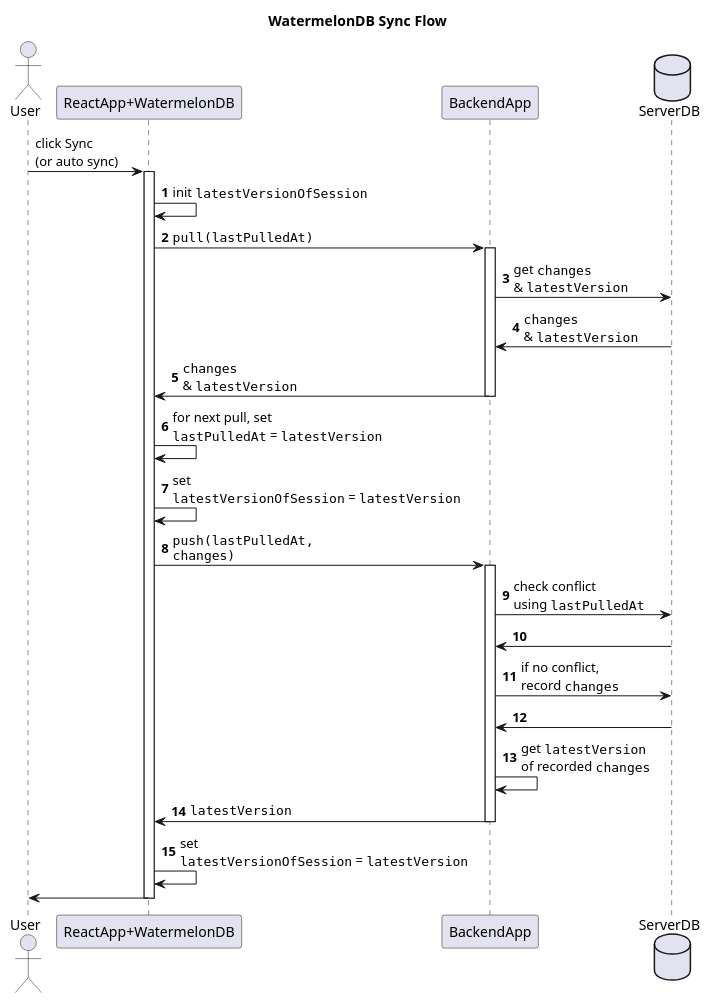
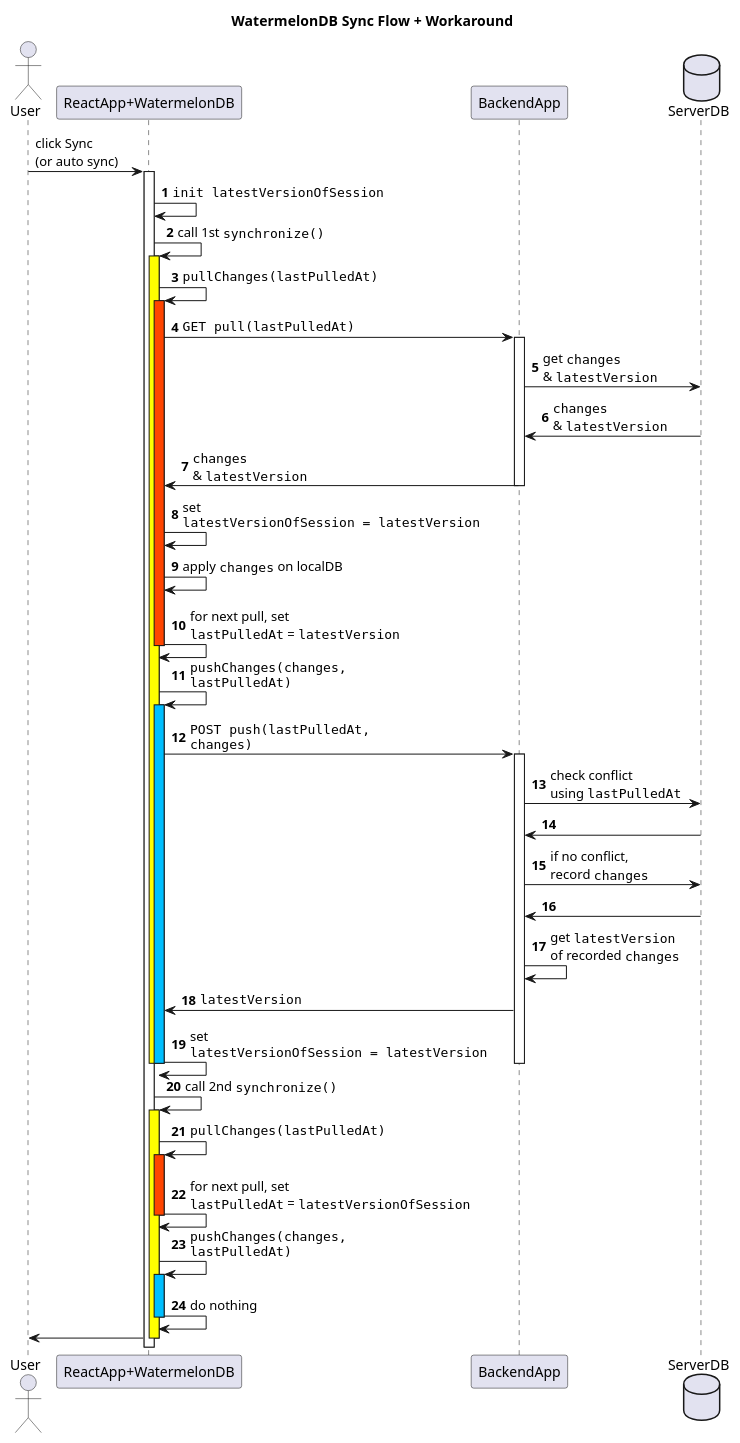
The diagram in diagram/watermelondb-sync-flow-workaround.plantuml (fahrinh/my-blog), drawn with PlantUML before and after one commit.

Commit message:
update workaround diagram

```diff
--- a/diagram/watermelondb-sync-flow-workaround.plantuml
+++ b/diagram/watermelondb-sync-flow-workaround.plantuml
@@ -1,50 +1,80 @@
 @startuml
-title WatermelonDB Sync Flow
+title WatermelonDB Sync Flow + Workaround
 
 actor User
 
 participant "ReactApp+WatermelonDB" as ReactApp
 participant BackendApp
 database ServerDB
 
 User -> ReactApp : click Sync\n(or auto sync)
 activate ReactApp
 
 autonumber
 
-ReactApp -> ReactApp : init ""latestVersionOfSession""
+ReactApp -> ReactApp : ""init latestVersionOfSession""
 
-ReactApp -> BackendApp : ""pull(lastPulledAt)""
+ReactApp -> ReactApp : call 1st ""synchronize()""
+activate ReactApp #Yellow
+
+ReactApp -> ReactApp : ""pullChanges(lastPulledAt)""
+activate ReactApp #OrangeRed
+
+ReactApp -> BackendApp : ""GET pull(lastPulledAt)""
 activate BackendApp
 
 BackendApp -> ServerDB : get ""changes"" \n& ""latestVersion""
 ServerDB -> BackendApp : ""changes"" \n& ""latestVersion""
 
 BackendApp -> ReactApp : ""changes"" \n& ""latestVersion""
 deactivate BackendApp
 
+ReactApp -> ReactApp : set\n""latestVersionOfSession = latestVersion""
+ReactApp -> ReactApp : apply ""changes"" on localDB
 ReactApp -> ReactApp : for next pull, set\n""lastPulledAt"" = ""latestVersion""
-ReactApp -> ReactApp : set\n""latestVersionOfSession"" = ""latestVersion""
 
-ReactApp -> BackendApp : ""push(lastPulledAt,""\n""changes)""
+deactivate ReactApp
+
+ReactApp -> ReactApp : ""pushChanges(changes,""\n""lastPulledAt)""
+activate ReactApp #DeepSkyBlue
+
+ReactApp -> BackendApp : ""POST push(lastPulledAt,""\n""changes)""
 activate BackendApp
 
 BackendApp -> ServerDB : check conflict\nusing ""lastPulledAt""
 ServerDB -> BackendApp
 
 BackendApp -> ServerDB : if no conflict,\nrecord ""changes""
 ServerDB -> BackendApp
 
 BackendApp -> BackendApp : get ""latestVersion""\nof recorded ""changes""
 
 BackendApp -> ReactApp : ""latestVersion""
+ReactApp -> ReactApp : set\n""latestVersionOfSession = latestVersion""
+
 deactivate BackendApp
 
-ReactApp -> ReactApp : set\n""latestVersionOfSession"" = ""latestVersion""
+deactivate ReactApp
+deactivate ReactApp
+
+ReactApp -> ReactApp : call 2nd ""synchronize()""
+activate ReactApp #Yellow
+
+ReactApp -> ReactApp : ""pullChanges(lastPulledAt)""
+activate ReactApp #OrangeRed
+
+ReactApp -> ReactApp : for next pull, set\n""lastPulledAt"" = ""latestVersionOfSession""
+deactivate ReactApp
+
+ReactApp -> ReactApp : ""pushChanges(changes,""\n""lastPulledAt)""
+activate ReactApp #DeepSkyBlue
+
+ReactApp -> ReactApp : do nothing
+deactivate ReactApp
 
 autonumber stop
 
 ReactApp -> User
 deactivate ReactApp
 
 @enduml
```
